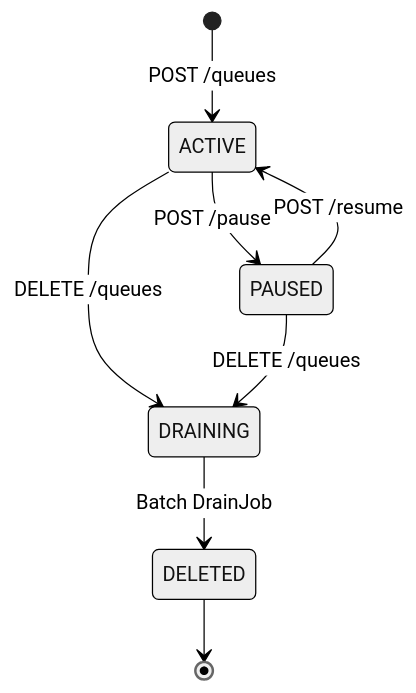
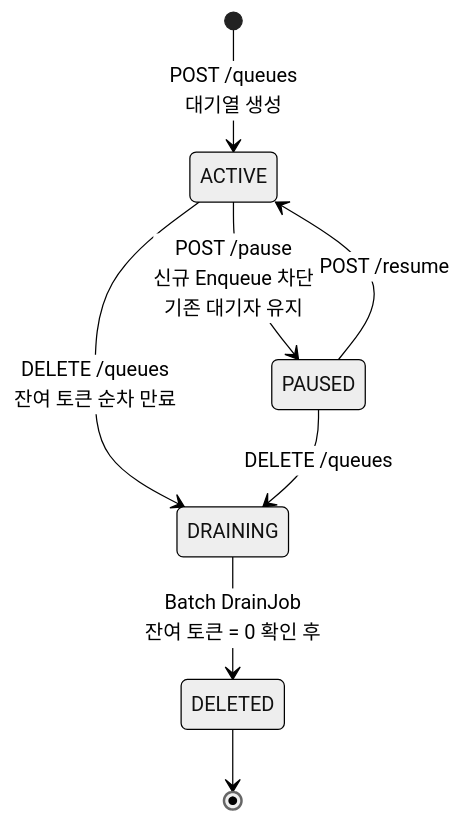
The second of 3 diagrams in doc/STATE.md (S-Onix/queue-platform), drawn with Mermaid (neutral theme) before and after one commit. The commit also changed other lines of this file and 4 other files, not shown here.

````diff
--- a/doc/STATE.md
+++ b/doc/STATE.md
@@ -73,14 +57,14 @@
 ```mermaid
 stateDiagram-v2
-    [*] --> ACTIVE : POST /queues
+    [*] --> ACTIVE : POST /queues<br/>대기열 생성
 
-    ACTIVE --> PAUSED : POST /pause
+    ACTIVE --> PAUSED : POST /pause<br/>신규 Enqueue 차단<br/>기존 대기자 유지
     PAUSED --> ACTIVE : POST /resume
 
-    ACTIVE --> DRAINING : DELETE /queues
+    ACTIVE --> DRAINING : DELETE /queues<br/>잔여 토큰 순차 만료
     PAUSED --> DRAINING : DELETE /queues
 
-    DRAINING --> DELETED : Batch DrainJob
+    DRAINING --> DELETED : Batch DrainJob<br/>잔여 토큰 = 0 확인 후
 
     DELETED --> [*]
 ```
````
